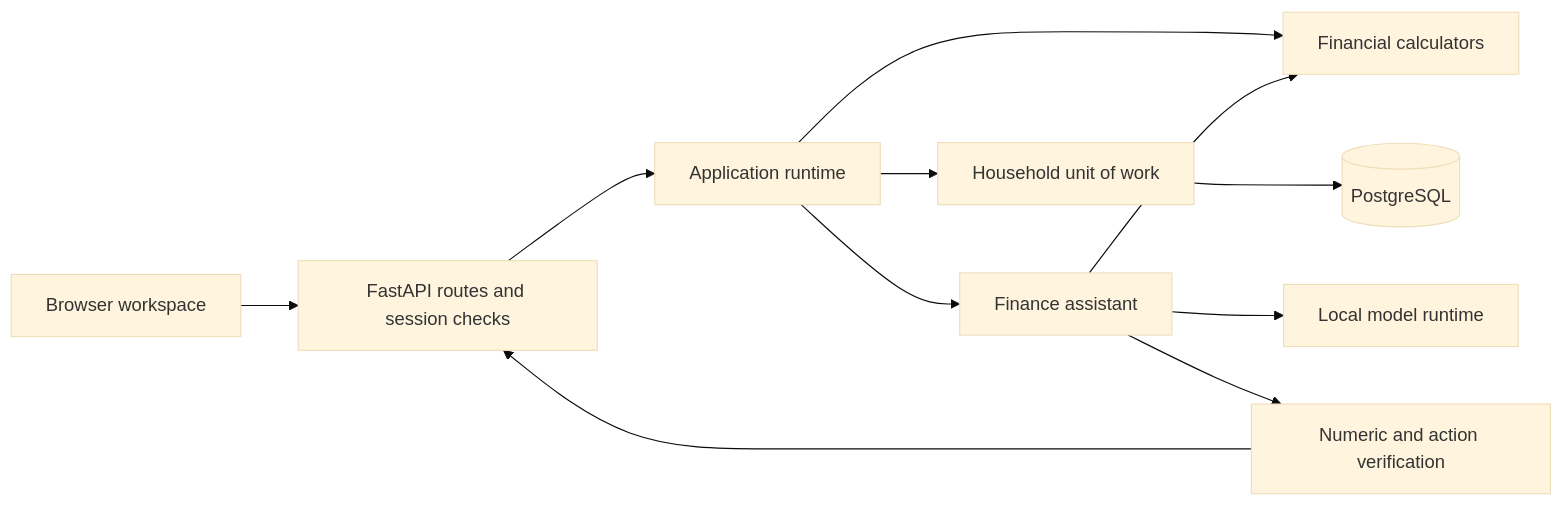
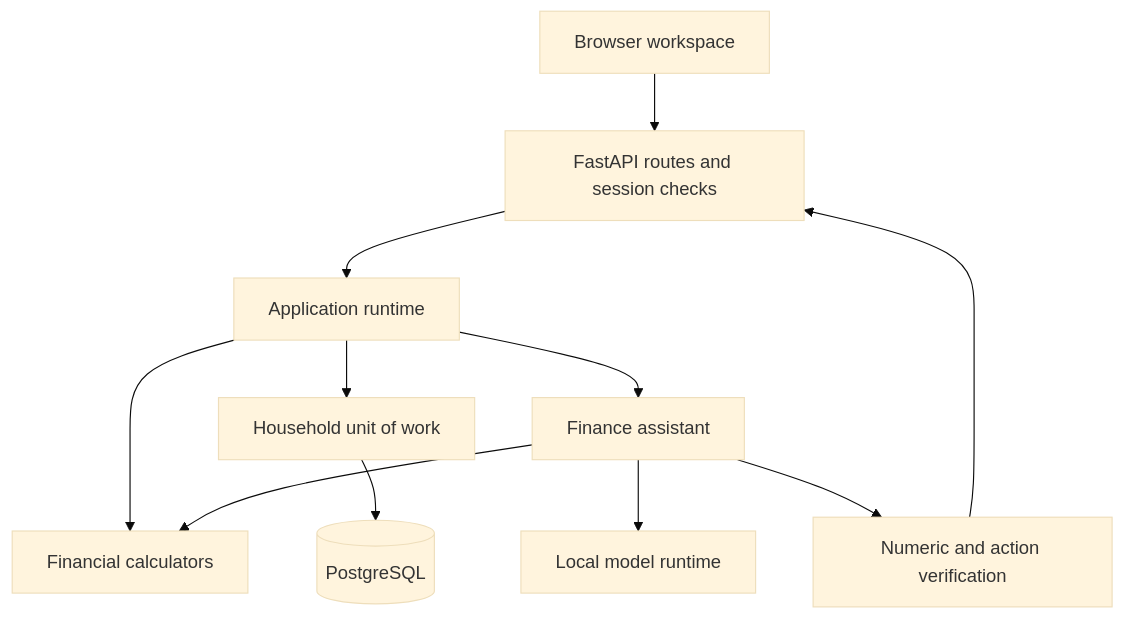
One commit to imvenkat178/FinPilot changed the diagram in ARCHITECTURE.md. Above: the diagram before and after it, drawn with Mermaid (base theme). The commit also changed other lines of this file and 31 other files, not shown here.

````diff
--- a/ARCHITECTURE.md
+++ b/ARCHITECTURE.md
@@ -7,13 +9,13 @@
 ```mermaid
-flowchart LR
+flowchart TD
     Browser[Browser workspace] --> HTTP[FastAPI routes and session checks]
     HTTP --> Runtime[Application runtime]
     Runtime --> Calculators[Financial calculators]
     Runtime --> UoW[Household unit of work]
     UoW --> DB[(PostgreSQL)]
     Runtime --> Agent[Finance assistant]
     Agent --> Calculators
     Agent --> Model[Local model runtime]
     Agent --> Verify[Numeric and action verification]
     Verify --> HTTP
 ```
````
